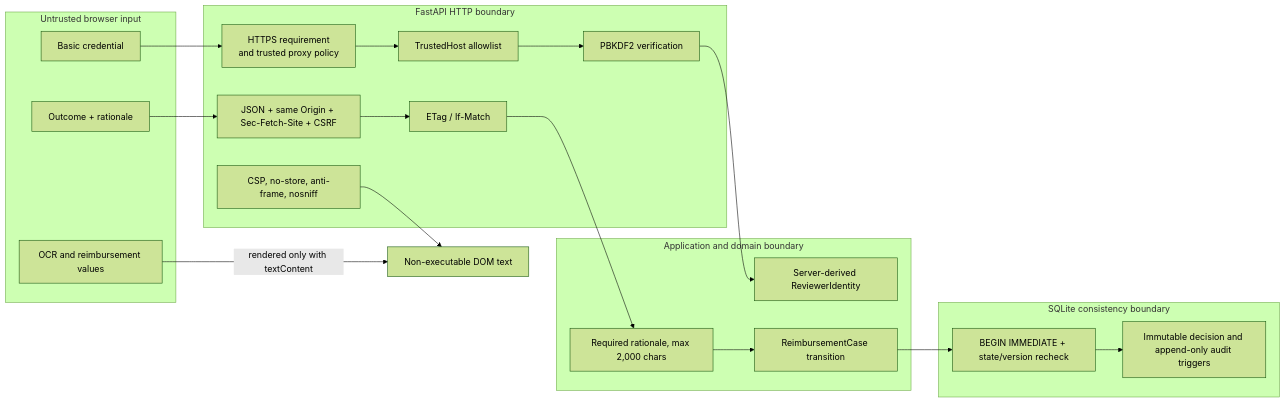
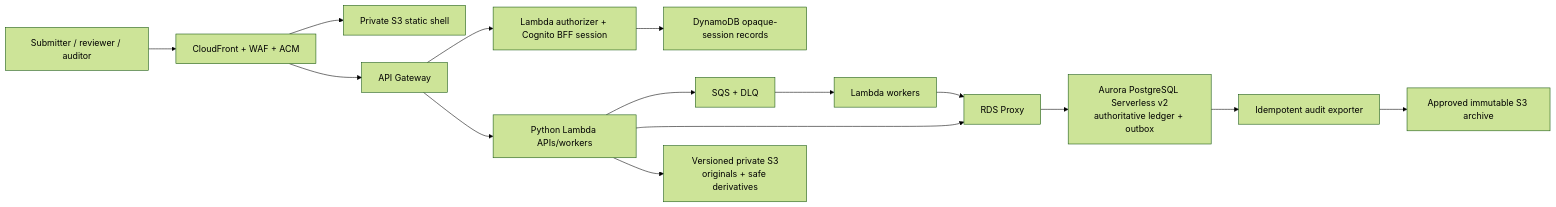
One commit to Dev-Luigy/automation_luigygabriel changed the seventh of 7 diagrams in docs/architecture.md. Above: the diagram before and after it, drawn with Mermaid (forest theme). The commit also changed other lines of this file and 13 other files, not shown here.

Commit message:
docs: finalize assessment architecture and report

````diff
--- a/docs/architecture.md
+++ b/docs/architecture.md
@@ -254,33 +217,17 @@
 ```mermaid
 flowchart LR
-    subgraph UntrustedClient["Untrusted browser input"]
-        Credential["Basic credential"]
-        Command["Outcome + rationale"]
-        OCRView["OCR and reimbursement values"]
-    end
-
-    subgraph HTTPBoundary["FastAPI HTTP boundary"]
-        TLS["HTTPS requirement\nand trusted proxy policy"]
-        Host["TrustedHost allowlist"]
-        Auth["PBKDF2 verification"]
-        RequestGuards["JSON + same Origin + Sec-Fetch-Site + CSRF"]
-        Version["ETag / If-Match"]
-        Headers["CSP, no-store, anti-frame, nosniff"]
-    end
-
-    subgraph AppBoundary["Application and domain boundary"]
-        Principal["Server-derived ReviewerIdentity"]
-        Aggregate["ReimbursementCase transition"]
-        Rationale["Required rationale, max 2,000 chars"]
-    end
-
-    subgraph DataBoundary["SQLite consistency boundary"]
-        Tx["BEGIN IMMEDIATE + state/version recheck"]
-        Immutable["Immutable decision and append-only audit triggers"]
-    end
-
-    Credential --> TLS --> Host --> Auth --> Principal
-    Command --> RequestGuards --> Version --> Rationale --> Aggregate --> Tx --> Immutable
-    OCRView -->|"rendered only with textContent"| SafeDOM["Non-executable DOM text"]
-    Headers --> SafeDOM
+    User["Submitter / reviewer / auditor"] --> Edge["CloudFront + WAF + ACM"]
+    Edge --> Shell["Private S3 static shell"]
+    Edge --> API["API Gateway"]
+    API --> Auth["Lambda authorizer + Cognito BFF session"]
+    API --> Lambda["Python Lambda APIs/workers"]
+    Lambda --> Queue["SQS + DLQ"]
+    Queue --> Workers["Lambda workers"]
+    Lambda --> Proxy["RDS Proxy"]
+    Workers --> Proxy
+    Proxy --> Aurora["Aurora PostgreSQL Serverless v2\nauthoritative ledger + outbox"]
+    Lambda --> Evidence["Versioned private S3\noriginals + safe derivatives"]
+    Aurora --> Export["Idempotent audit exporter"]
+    Export --> Archive["Approved immutable S3 archive"]
+    Auth --> Sessions["DynamoDB opaque-session records"]
 ```
````
